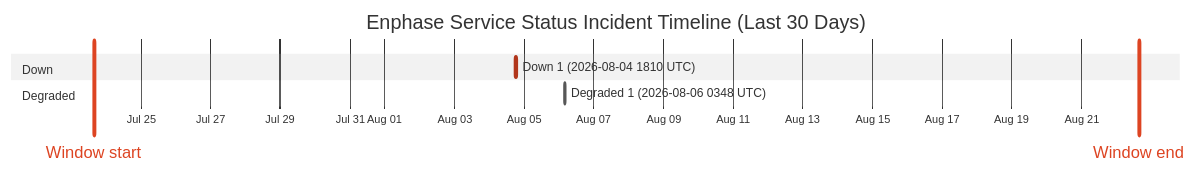
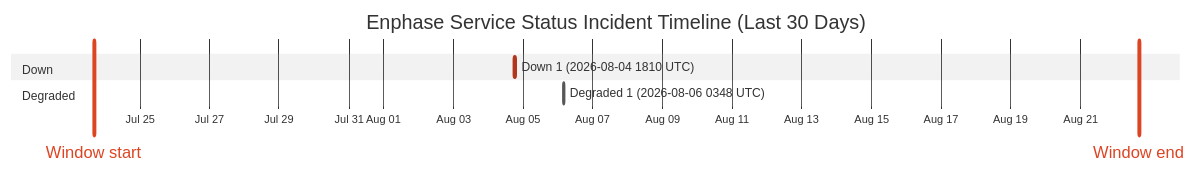
Before and after one commit to barneyonline/ha-enphase-energy: the diagram in wiki/Service-Status-History.md, drawn with Mermaid (neutral theme). The commit also changed other lines of this file and 3 other files, not shown here.

````diff
--- a/wiki/Service-Status-History.md
+++ b/wiki/Service-Status-History.md
@@ -14,12 +14,12 @@
 ```mermaid
 gantt
     title Enphase Service Status Incident Timeline (Last 30 Days)
     dateFormat  YYYY-MM-DDTHH:mm:ss
     axisFormat  %b %d
-    Window start :vert, window-start, 2026-07-23T15:45:19, 0ms
-    Window end :vert, window-end, 2026-08-22T15:45:19, 0ms
+    Window start :vert, window-start, 2026-07-23T16:20:47, 0ms
+    Window end :vert, window-end, 2026-08-22T16:20:47, 0ms
     section Down
     Down 1 (2026-08-04 1810 UTC) :crit, down-1, 2026-08-04T18:10:46, 60m
     section Degraded
     Degraded 1 (2026-08-06 0348 UTC) :active, degraded-1, 2026-08-06T03:48:14, 60m
 ```
````
